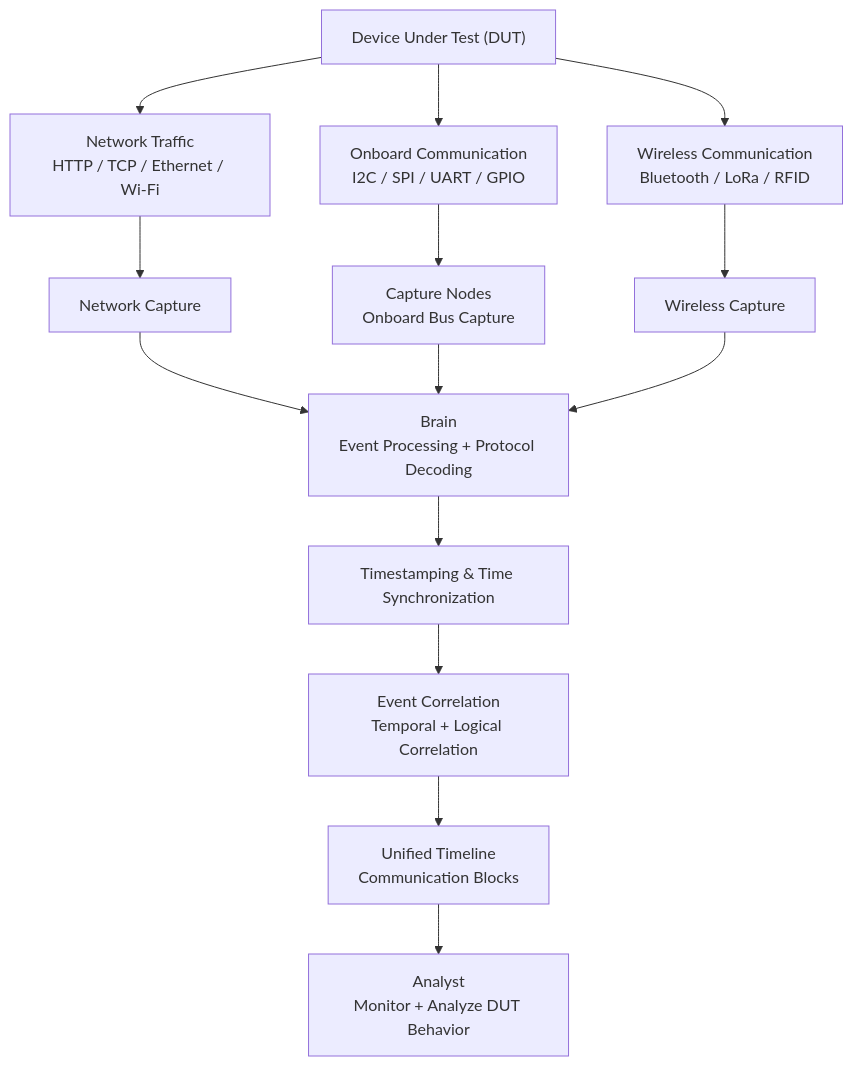
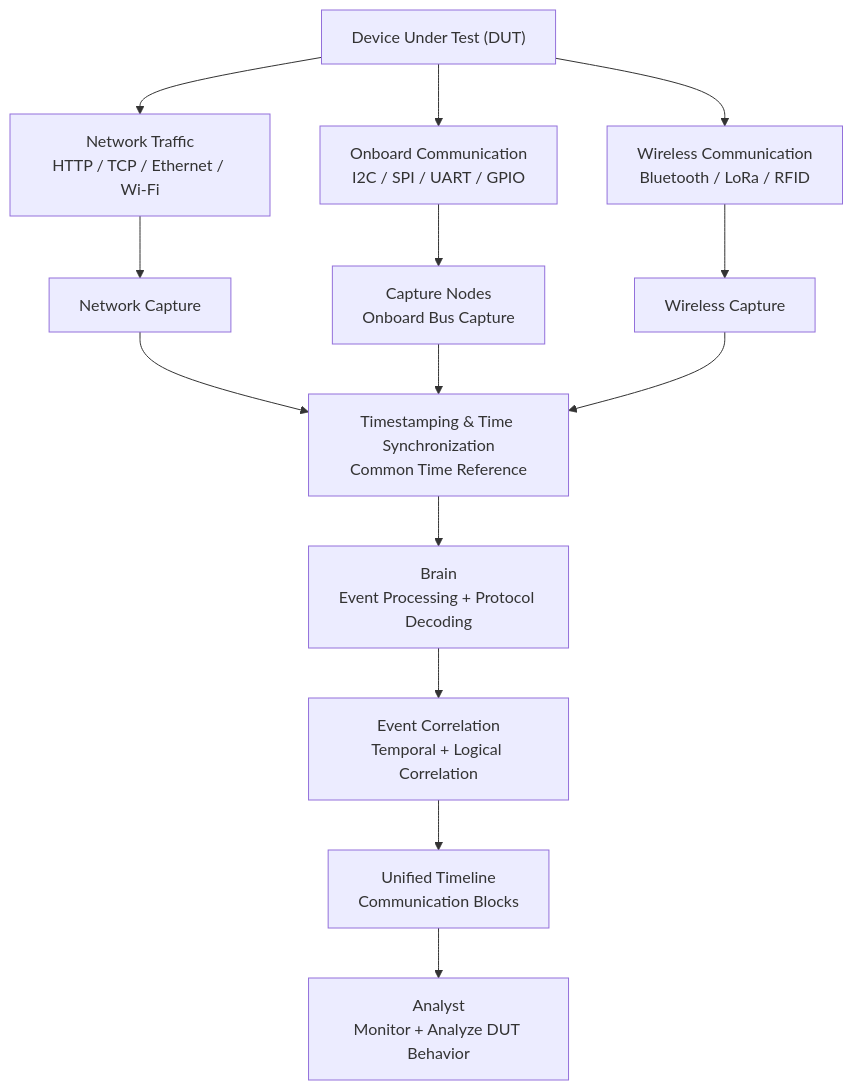
Before and after one commit to EG-ETCS/wiresploit: the first of 4 diagrams in docs/01_Requirements/01_SysRS/01_Functional_Requirements.md, drawn with Mermaid. The commit also changed other lines of this file, not shown here.

Commit message:
Refine monitoring system data flow and update functional requirements for time synchronization and protocol support

````diff
--- a/docs/01_Requirements/01_SysRS/01_Functional_Requirements.md
+++ b/docs/01_Requirements/01_SysRS/01_Functional_Requirements.md
@@ -14,39 +14,39 @@
 ```mermaid
 flowchart TD
     DUT["Device Under Test (DUT)"]
+
     NET["Network Traffic<br/>HTTP / TCP / Ethernet / Wi-Fi"]
-
     BUS["Onboard Communication<br/>I2C / SPI / UART / GPIO"]
-
     WIRELESS["Wireless Communication<br/>Bluetooth / LoRa / RFID"]
 
     NET_CAPTURE["Network Capture"]
-
     CN["Capture Nodes<br/>Onboard Bus Capture"]
-
     WIRELESS_CAPTURE["Wireless Capture"]
 
+    TIMESTAMP["Timestamping & Time Synchronization<br/>Common Time Reference"]
+
     BRAIN["Brain<br/>Event Processing + Protocol Decoding"]
-
-    TIMESTAMP["Timestamping & Time Synchronization"]
 
     CORRELATION["Event Correlation<br/>Temporal + Logical Correlation"]
 
     TIMELINE["Unified Timeline<br/>Communication Blocks"]
 
     ANALYST["Analyst<br/>Monitor + Analyze DUT Behavior"]
 
     DUT --> NET
     DUT --> BUS
     DUT --> WIRELESS
+
     NET --> NET_CAPTURE
     BUS --> CN
     WIRELESS --> WIRELESS_CAPTURE
-    NET_CAPTURE --> BRAIN
-    CN --> BRAIN
-    WIRELESS_CAPTURE --> BRAIN
-    BRAIN --> TIMESTAMP
-    TIMESTAMP --> CORRELATION
+
+    NET_CAPTURE --> TIMESTAMP
+    CN --> TIMESTAMP
+    WIRELESS_CAPTURE --> TIMESTAMP
+
+    TIMESTAMP --> BRAIN
+    BRAIN --> CORRELATION
     CORRELATION --> TIMELINE
     TIMELINE --> ANALYST
 ```
````
